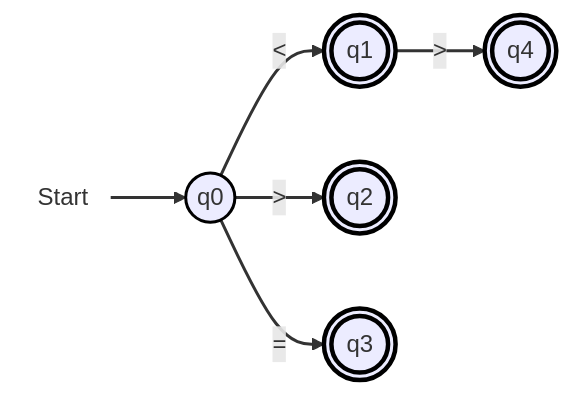
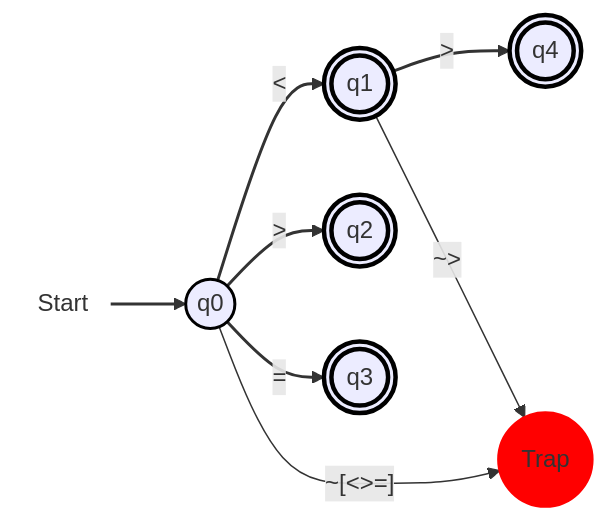
The eighth of 9 diagrams in docs/DFA.md (CS-Tiny-Compiler/a-tiny-compiler), drawn with Mermaid before and after one commit. The commit also changed other lines of this file, not shown here.

Commit message:
added Trap for Conditional Operators and Boolean Operators DFA

````diff
--- a/docs/DFA.md
+++ b/docs/DFA.md
@@ -211,16 +211,19 @@
 ```mermaid
 flowchart LR
   start(((Start))):::startNode --> q0(("q0")):::normal
   q0 --> |#60;| q1((("q1"))):::finalState
   q0 --> |#62;| q2((("q2"))):::finalState
   q0 --> |#61;| q3((("q3"))):::finalState
   q1 --> |#62;| q4((("q4"))):::finalState
+  q0 --> |"~[#60;#62;#61;]"| trap((("Trap"))):::trap
+  q1 --> |"~#62;"| trap((("Trap"))):::trap
  
 
   classDef startNode fill:none,stroke:none;
   classDef normal stroke:#000,stroke-width:2px;
   classDef finalState stroke:#000,stroke-width:3px;
+  classDef trap fill:#f00,stroke:#f00,stroke-width:2px;
 
   linkStyle 0 stroke-width:2px;
   linkStyle 1,2,3,4 stroke:#333,stroke-width:2px,fill:none;
 ```
````
